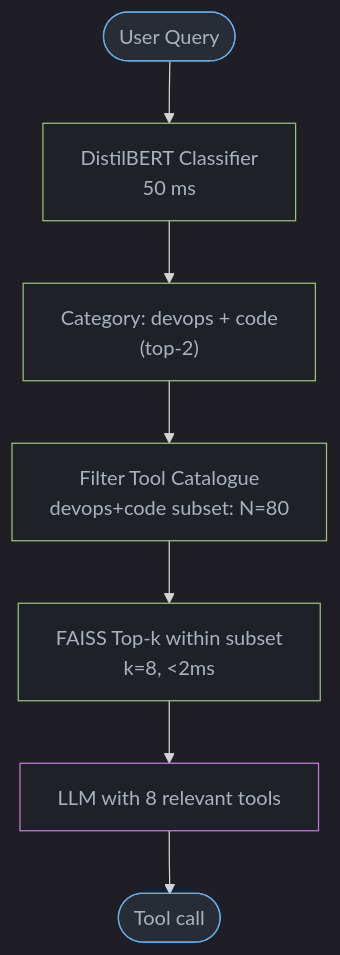
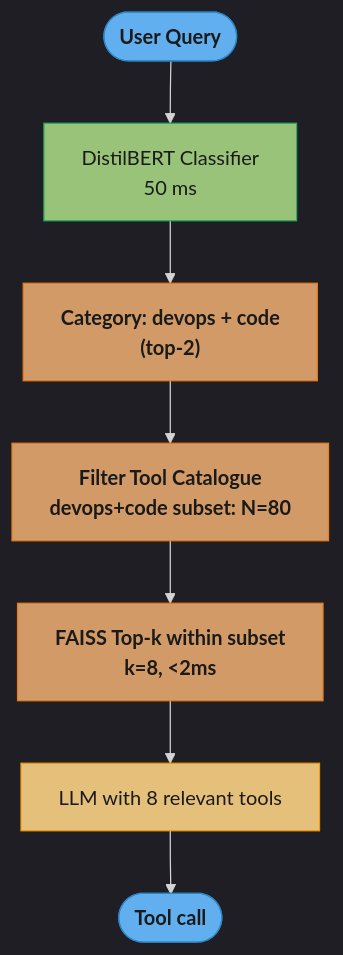
Before and after one commit to rppol/system-design: the fourth of 4 diagrams in src/main/java/com/rutik/systemdesign/llm/agents_and_tool_use/tool_selection_at_scale.md, drawn with Mermaid. The commit also changed other lines of this file and 88 other files, not shown here.

````diff
--- a/src/main/java/com/rutik/systemdesign/llm/agents_and_tool_use/tool_selection_at_scale.md
+++ b/src/main/java/com/rutik/systemdesign/llm/agents_and_tool_use/tool_selection_at_scale.md
@@ -151,18 +159,23 @@
 ```mermaid
 %%{init: {'flowchart': {'curve': 'basis'}, 'theme': 'dark'}}%%
 flowchart TD
+    classDef io      fill:#61afef,stroke:#2e86c1,color:#1a1a1a,font-weight:bold
+    classDef frozen  fill:#c678dd,stroke:#9b59b6,color:#fff
+    classDef train   fill:#98c379,stroke:#27ae60,color:#1a1a1a
+    classDef mathOp  fill:#d19a66,stroke:#e67e22,color:#1a1a1a,font-weight:bold
+    classDef lossN   fill:#e06c75,stroke:#c0392b,color:#fff,font-weight:bold
+    classDef req     fill:#56b6c2,stroke:#0097a7,color:#1a1a1a
+    classDef base    fill:#e5c07b,stroke:#f39c12,color:#1a1a1a
+
     Query([User Query]) --> Classifier
     Classifier["DistilBERT Classifier\n50 ms"] --> Categories["Category: devops + code\n(top-2)"]
     Categories --> Filter["Filter Tool Catalogue\ndevops+code subset: N=80"]
     Filter --> Search["FAISS Top-k within subset\nk=8, <2ms"]
     Search --> LLM["LLM with 8 relevant tools"]
     LLM --> Call([Tool call])
 
-    classDef io     fill:#282c34,stroke:#61afef,color:#abb2bf
-    classDef proc   fill:#1e2127,stroke:#98c379,color:#abb2bf
-    classDef llm    fill:#1e2127,stroke:#c678dd,color:#abb2bf
-
     class Query,Call io
-    class Classifier,Categories,Filter,Search proc
-    class LLM llm
+    class Classifier train
+    class Categories,Filter,Search mathOp
+    class LLM base
 ```
````
